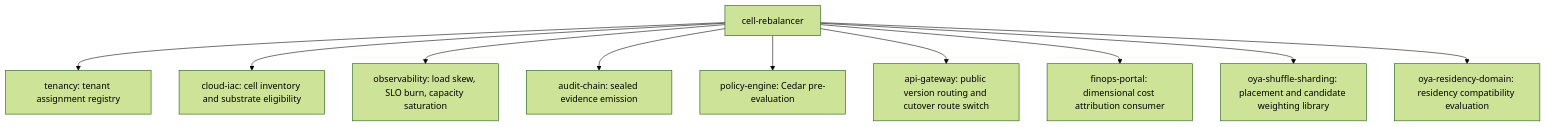
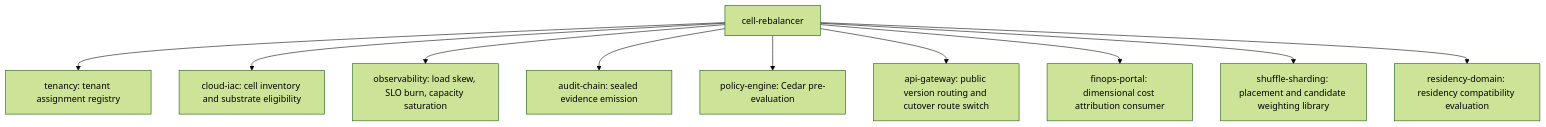
One commit to oyatie/oyatie changed the fourth of 4 diagrams in cell/cell-rebalancer/ARCH.md. Above: the diagram before and after it, drawn with Mermaid (forest theme). The commit also changed other lines of this file and 5686 other files, not shown here.

````diff
--- a/cell/cell-rebalancer/ARCH.md
+++ b/cell/cell-rebalancer/ARCH.md
@@ -115,13 +115,13 @@
 ```mermaid
 flowchart TB
   CR[cell-rebalancer]
   CR --> TEN[tenancy: tenant assignment registry]
   CR --> CI[cloud-iac: cell inventory and substrate eligibility]
   CR --> OBS[observability: load skew, SLO burn, capacity saturation]
   CR --> AC[audit-chain: sealed evidence emission]
   CR --> PDP[policy-engine: Cedar pre-evaluation]
   CR --> GW[api-gateway: public version routing and cutover route switch]
   CR --> FIN[finops-portal: dimensional cost attribution consumer]
-  CR --> SHARD[oya-shuffle-sharding: placement and candidate weighting library]
-  CR --> RES[oya-residency-domain: residency compatibility evaluation]
+  CR --> SHARD[shuffle-sharding: placement and candidate weighting library]
+  CR --> RES[residency-domain: residency compatibility evaluation]
 ```
````
